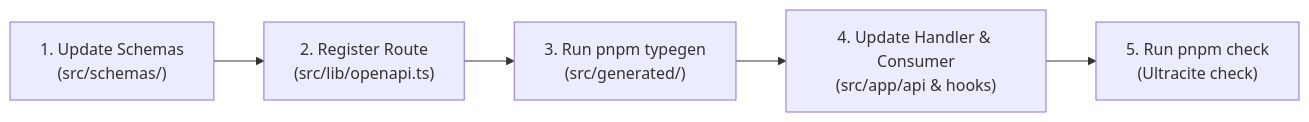
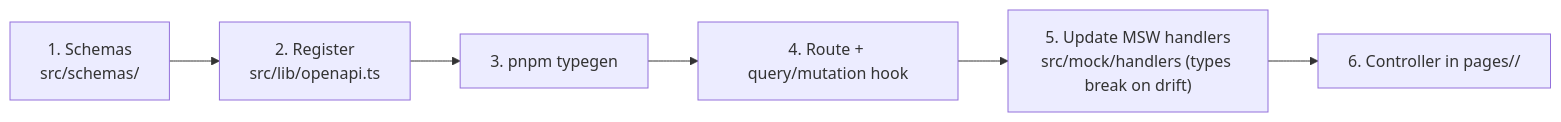
One commit to Abbas4tech/GhostMsg changed the diagram in docs/06-dev-workflow.md. Above: the diagram before and after it, drawn with Mermaid. The commit also changed other lines of this file and 394 other files, not shown here.

Commit message:
feat(components): four-tier architecture, Storybook 10 story-driven testing, MSW and generated docs

````diff
--- a/docs/06-dev-workflow.md
+++ b/docs/06-dev-workflow.md
@@ -27,7 +33,8 @@
 ```mermaid
 flowchart LR
-    A["1. Update Schemas\n(src/schemas/)"] --> B["2. Register Route\n(src/lib/openapi.ts)"]
-    B --> C["3. Run pnpm typegen\n(src/generated/)"]
-    C --> D["4. Update Handler & Consumer\n(src/app/api & hooks)"]
-    D --> E["5. Run pnpm check\n(Ultracite check)"]
+    A["1. Schemas<br/>src/schemas/"] --> B["2. Register<br/>src/lib/openapi.ts"]
+    B --> C["3. pnpm typegen"]
+    C --> D["4. Route + query/mutation hook"]
+    D --> E["5. Update MSW handlers<br/>src/mock/handlers (types break on drift)"]
+    E --> F["6. Controller in pages/<route>/"]
 ```
````
